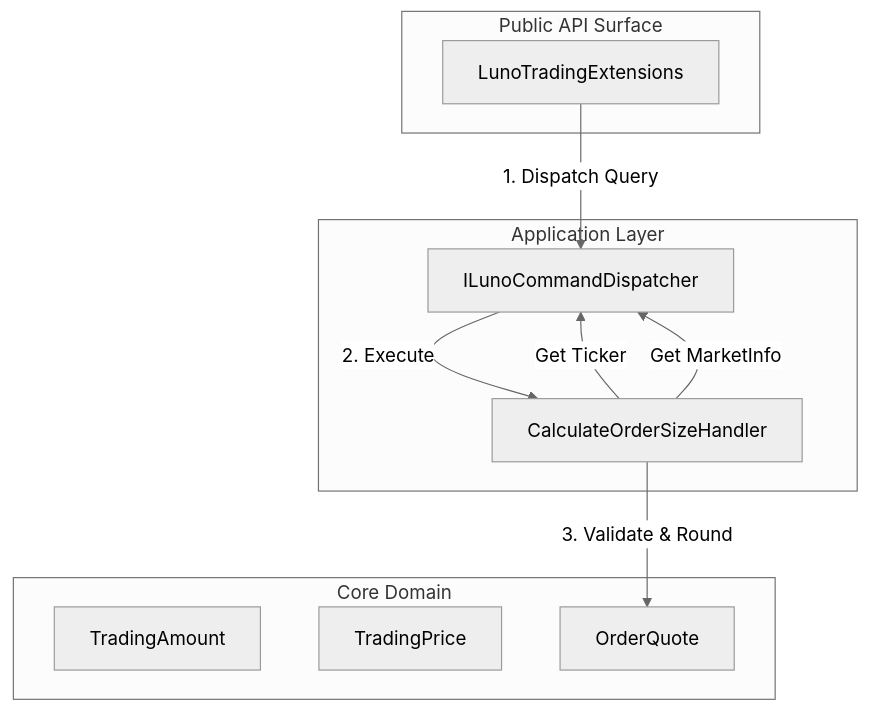
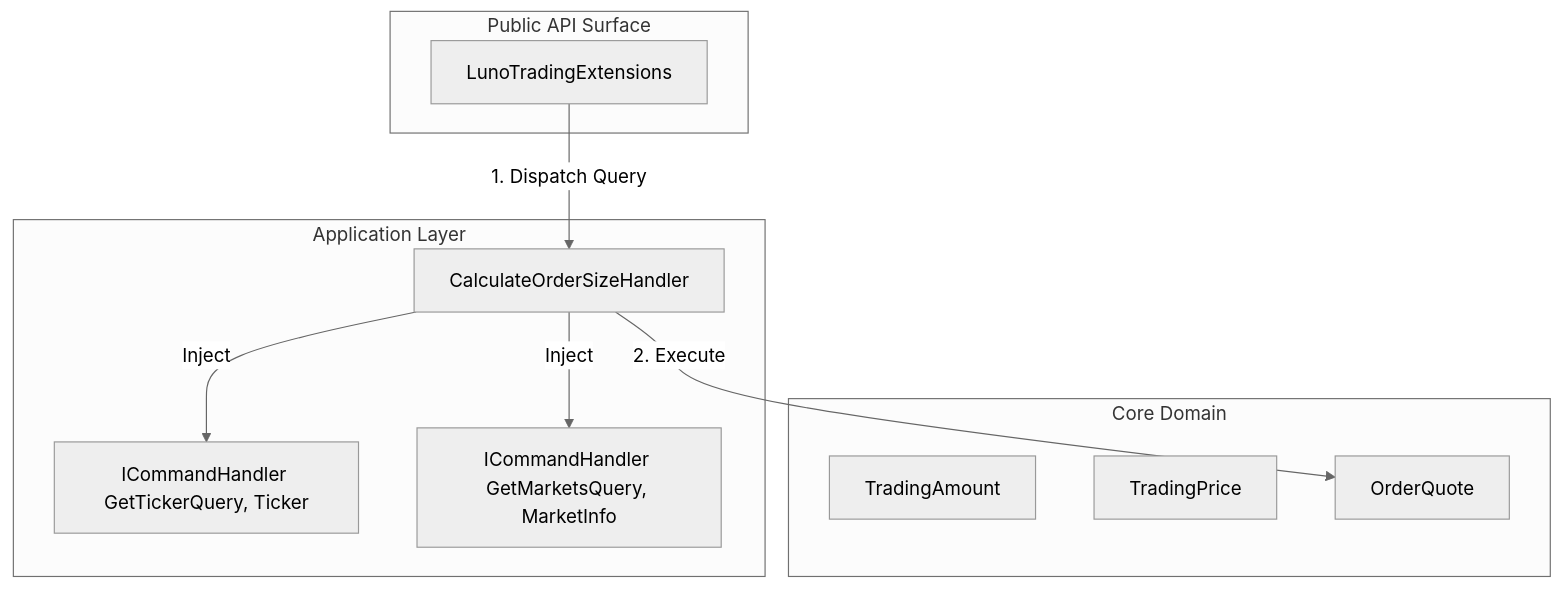
One commit to hsm207/Luno.SDK changed the diagram in docs/rfcs/drafts/RFC006ext05_CalculateOrderSize.md. Above: the diagram before and after it, drawn with Mermaid (neutral theme). The commit also changed other lines of this file, not shown here.

Commit message:
feat: enhance CalculateOrderSize documentation to clarify fee management and constructor injection for improved dependency handling

````diff
--- a/docs/rfcs/drafts/RFC006ext05_CalculateOrderSize.md
+++ b/docs/rfcs/drafts/RFC006ext05_CalculateOrderSize.md
@@ -35,29 +35,29 @@
 ```mermaid
 graph TD
     %% @boundary: Public-API | Isolation: Fluent Extensions
     subgraph PublicAPI [Public API Surface]
         Extensions[LunoTradingExtensions]
     end
 
     %% @boundary: Application-Layer | Isolation: Orchestration
     subgraph Application [Application Layer]
-        Dispatcher[ILunoCommandDispatcher]
         Handler[CalculateOrderSizeHandler]
+        TickerHandler[ICommandHandler GetTickerQuery, Ticker]
+        MarketsHandler[ICommandHandler GetMarketsQuery, MarketInfo]
         
-        %% @logic: Orchestration | Dependencies: [GetTicker, GetMarkets]
-        Handler -- "Get Ticker" --> Dispatcher
-        Handler -- "Get MarketInfo" --> Dispatcher
+        %% @logic: Orchestration | Dependencies: [Direct Injection]
+        Handler -- "Inject" --> TickerHandler
+        Handler -- "Inject" --> MarketsHandler
     end
 
     %% @boundary: Core-Domain | Isolation: Pure Value Objects
     subgraph Core [Core Domain]
         %% @logic: ValueObjects | Responsibility: Type Safety
         Amount[TradingAmount]
         Price[TradingPrice]
         Quote[OrderQuote]
     end
 
-    Extensions -- "1. Dispatch Query" --> Dispatcher
-    Dispatcher -- "2. Execute" --> Handler
-    Handler -- "3. Validate & Round" --> Quote
+    Extensions -- "1. Dispatch Query" --> Handler
+    Handler -- "2. Execute" --> Quote
 ```
````
